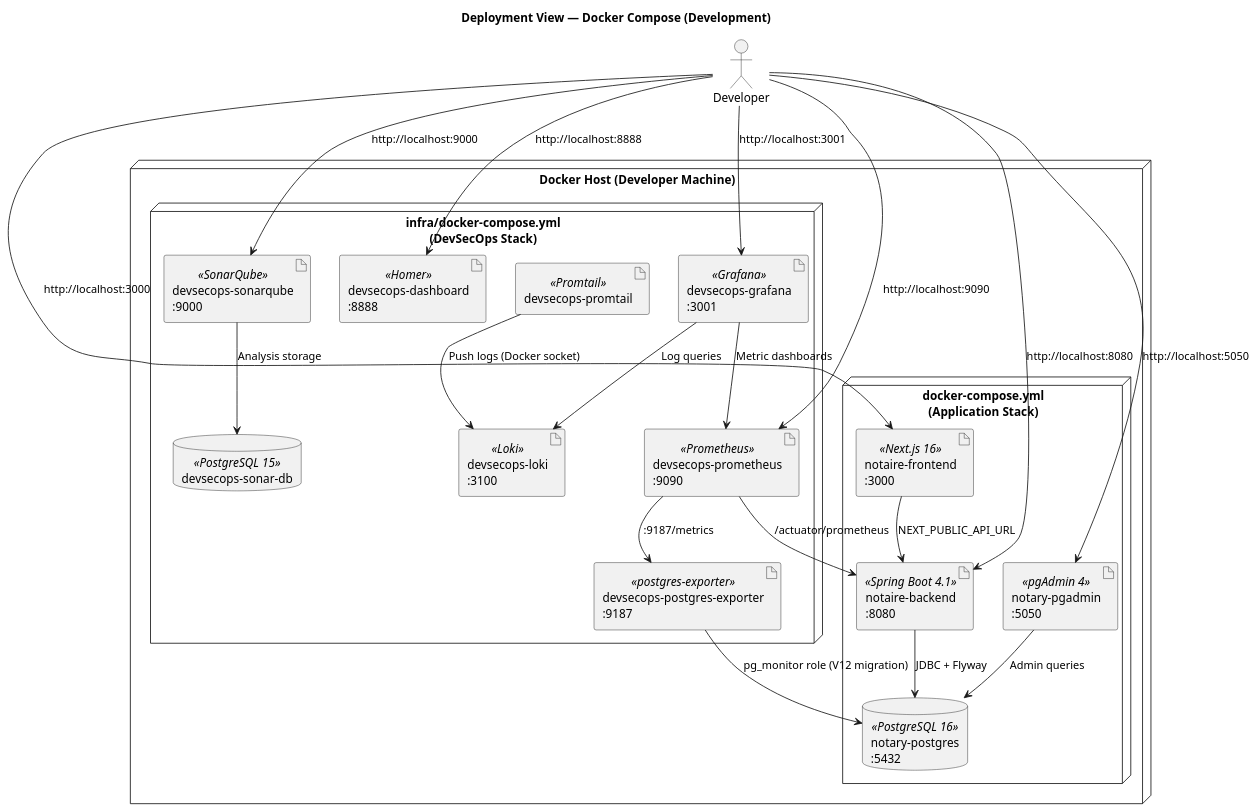
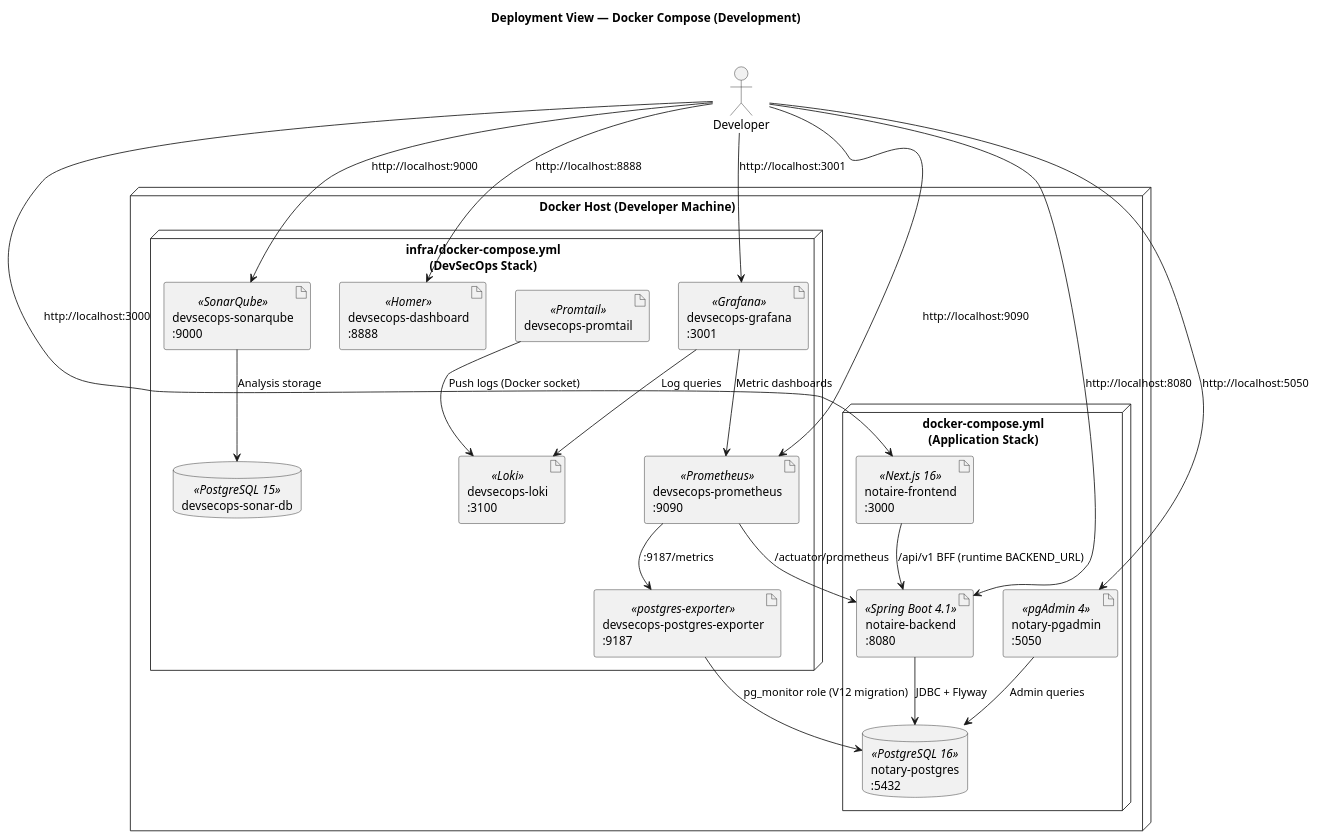
One commit to matiaspakua/notaire changed diagram 12 of 14 in docs/200-architecture/201-SAD/sad.md. Above: the diagram before and after it, drawn with PlantUML. The commit also changed 29 other files, not shown here.

First line of the commit message:
fix(frontend): runtime BACKEND_URL BFF and scrub login leak

````diff
--- a/docs/200-architecture/201-SAD/sad.md
+++ b/docs/200-architecture/201-SAD/sad.md
@@ -752,48 +752,48 @@
 ```plantuml
 @startuml
 title Deployment View — Docker Compose (Development)
 
 node "Docker Host (Developer Machine)" {
 
   node "docker-compose.yml\n(Application Stack)" {
     artifact "notaire-frontend\n:3000" as FE <<Next.js 16>>
     artifact "notaire-backend\n:8080" as BE <<Spring Boot 4.1>>
     database "notary-postgres\n:5432" as DB <<PostgreSQL 16>>
     artifact "notary-pgadmin\n:5050" as PGA <<pgAdmin 4>>
   }
 
   node "infra/docker-compose.yml\n(DevSecOps Stack)" {
     artifact "devsecops-prometheus\n:9090" as Prom <<Prometheus>>
     artifact "devsecops-grafana\n:3001" as Graf <<Grafana>>
     artifact "devsecops-loki\n:3100" as Loki <<Loki>>
     artifact "devsecops-promtail" as Tail <<Promtail>>
     artifact "devsecops-sonarqube\n:9000" as Sonar <<SonarQube>>
     artifact "devsecops-postgres-exporter\n:9187" as PGExp <<postgres-exporter>>
     artifact "devsecops-dashboard\n:8888" as Homer <<Homer>>
     database "devsecops-sonar-db" as SonarDB <<PostgreSQL 15>>
   }
 }
 
 actor "Developer" as Dev
 
 Dev --> FE : http://localhost:3000
 Dev --> BE : http://localhost:8080
 Dev --> PGA : http://localhost:5050
 Dev --> Graf : http://localhost:3001
 Dev --> Prom : http://localhost:9090
 Dev --> Sonar : http://localhost:9000
 Dev --> Homer : http://localhost:8888
 
-FE --> BE : NEXT_PUBLIC_API_URL
+FE --> BE : /api/v1 BFF (runtime BACKEND_URL)
 BE --> DB : JDBC + Flyway
 PGA --> DB : Admin queries
 
 Prom --> BE : /actuator/prometheus
 Prom --> PGExp : :9187/metrics
 PGExp --> DB : pg_monitor role (V12 migration)
 Tail --> Loki : Push logs (Docker socket)
 Graf --> Prom : Metric dashboards
 Graf --> Loki : Log queries
 Sonar --> SonarDB : Analysis storage
 @enduml
 ```
````
